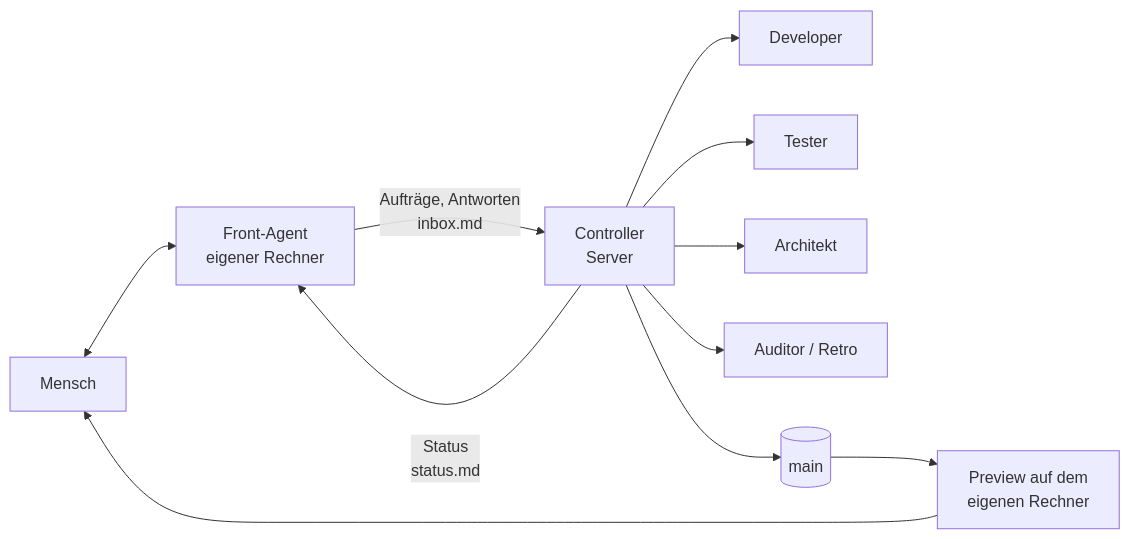
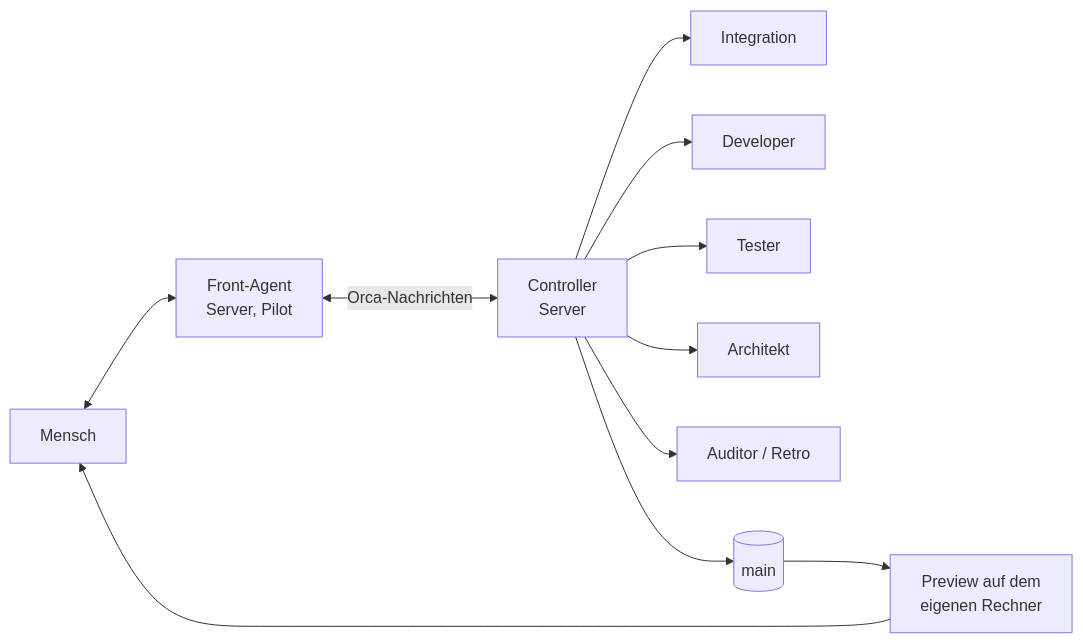
Before and after one commit to bussard76/exxperts: the first of 3 diagrams in docs/dev-workflow.md, drawn with Mermaid. The commit also changed other lines of this file and 1 other file, not shown here.

Commit message:
docs: record server Front pilot

````diff
--- a/docs/dev-workflow.md
+++ b/docs/dev-workflow.md
@@ -16,13 +16,13 @@
 ```mermaid
 flowchart LR
-  S[Mensch] <--> F[Front-Agent<br/>eigener Rechner]
-  F -- Aufträge, Antworten<br/>inbox.md --> C[Controller<br/>Server]
-  C -- Status<br/>status.md --> F
+  S[Mensch] <--> F[Front-Agent<br/>Server, Pilot]
+  F <-->|Orca-Nachrichten| C[Controller<br/>Server]
+  C --> I[Integration]
   C --> W1[Developer]
   C --> W2[Tester]
   C --> W3[Architekt]
   C --> W4[Auditor / Retro]
   C --> M[(main)]
   M --> P[Preview auf dem<br/>eigenen Rechner]
   P --> S
 ```
````
